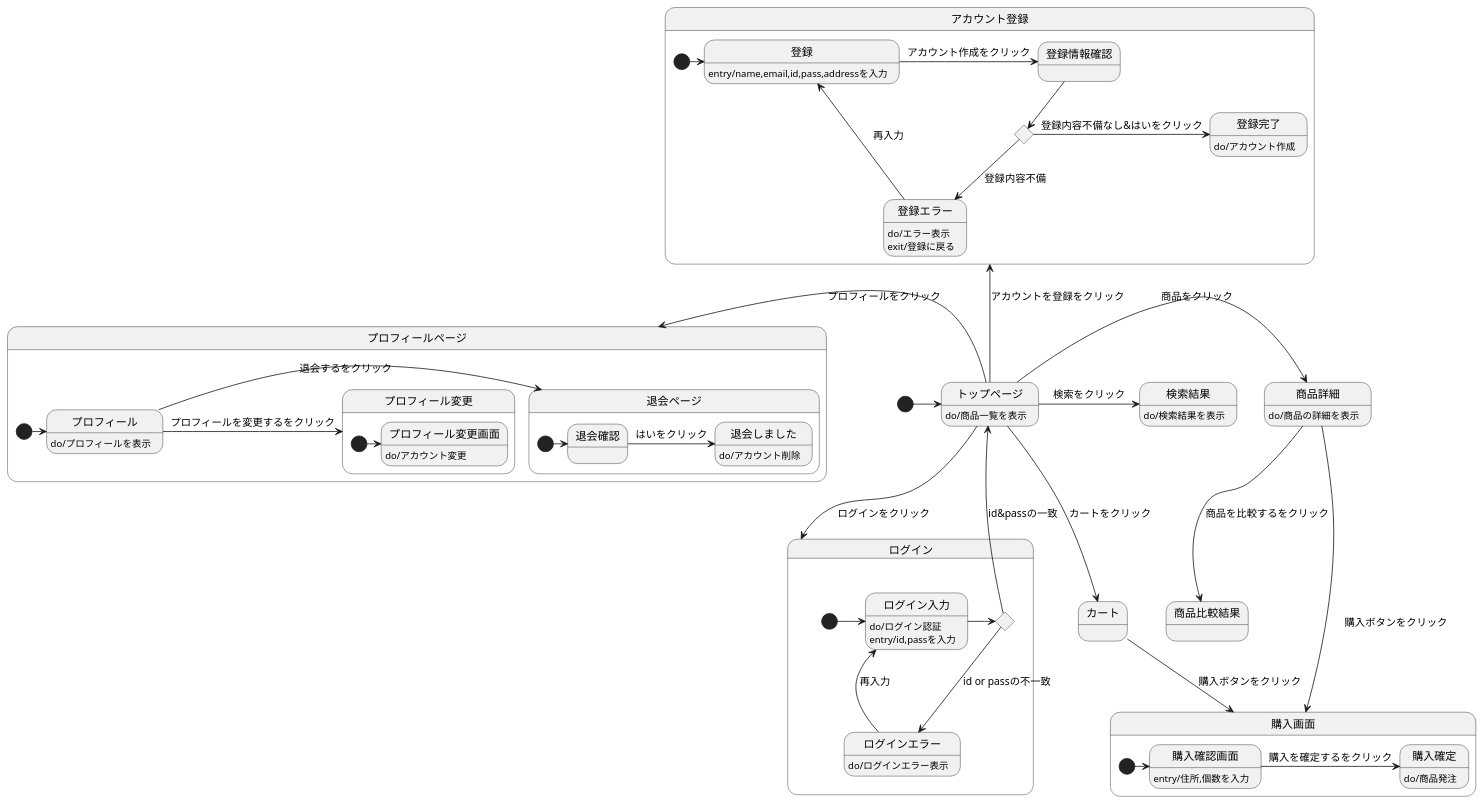
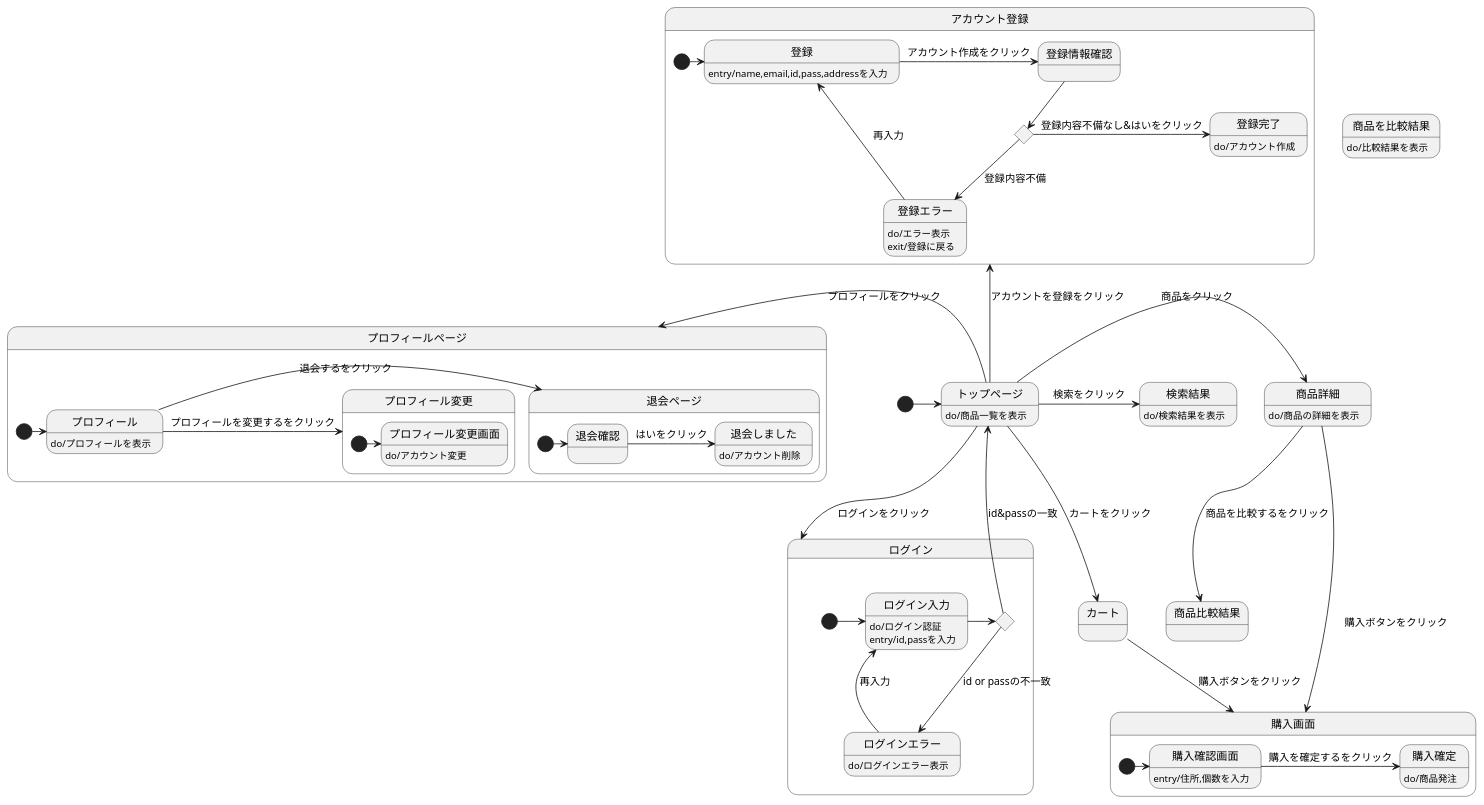
The diagram in stm01.md (Aso2001159/2021sys-design), drawn with PlantUML before and after one commit.

````diff
--- a/stm01.md
+++ b/stm01.md
@@ -1,65 +1,66 @@
 ```uml
 
 @startuml
 [*]->トップページ
 トップページ : do/商品一覧を表示
 トップページ->商品詳細 : 商品をクリック
   商品詳細 : do/商品の詳細を表示
   商品詳細 --> 商品比較結果 : 商品を比較するをクリック
+  商品を比較結果 : do/比較結果を表示
   商品詳細-> 購入画面 :　購入ボタンをクリック
 トップページ-down->ログイン :ログインをクリック
 state ログイン{
   state r確認 <<choice>>
   [*] -> ログイン入力 
   ログイン入力 : do/ログイン認証
   ログイン入力 : entry/id,passを入力
   ログイン入力 -> r確認
   r確認 -> トップページ : id&passの一致
    r確認 --> ログインエラー : id or passの不一致
     ログインエラー :do/ログインエラー表示
   ログインエラー -> ログイン入力 : 再入力
 
 }
 トップページ-->カート :カートをクリック
 カート --> 購入画面 : 購入ボタンをクリック
 state 購入画面{
   [*]-> 購入確認画面
   購入確認画面 : entry/住所,個数を入力
   購入確認画面 -> 購入確定 : 購入を確定するをクリック
   購入確定 : do/商品発注
 }
 state アカウント登録{
 [*]-> 登録 
   トップページ-up-> アカウント登録 :アカウントを登録をクリック
   state t確認 <<choice>>
   登録 : entry/name,email,id,pass,addressを入力
   登録 ->登録情報確認: アカウント作成をクリック
   登録情報確認 --> t確認 
   t確認 --> 登録エラー : 登録内容不備
     登録エラー : do/エラー表示
     登録エラー : exit/登録に戻る
    登録エラー -> 登録 : 再入力
   t確認 -> 登録完了: 登録内容不備なし&はいをクリック
     登録完了: do/アカウント作成
   }
 トップページ->検索結果 :検索をクリック
   検索結果 : do/検索結果を表示
 トップページ-left->プロフィールページ :プロフィールをクリック
 state プロフィールページ{
 [*] -> プロフィール
 プロフィール : do/プロフィールを表示
   プロフィール ->退会ページ :退会するをクリック
   state 退会ページ{
     [*]-> 退会確認 
     退会確認-> 退会しました : はいをクリック
       退会しました : do/アカウント削除
     }
     プロフィール -> プロフィール変更 : プロフィールを変更するをクリック
     state プロフィール変更{
       [*]-> プロフィール変更画面
       プロフィール変更画面 : do/アカウント変更
     }
  }
 @enduml
 
 ```
````
